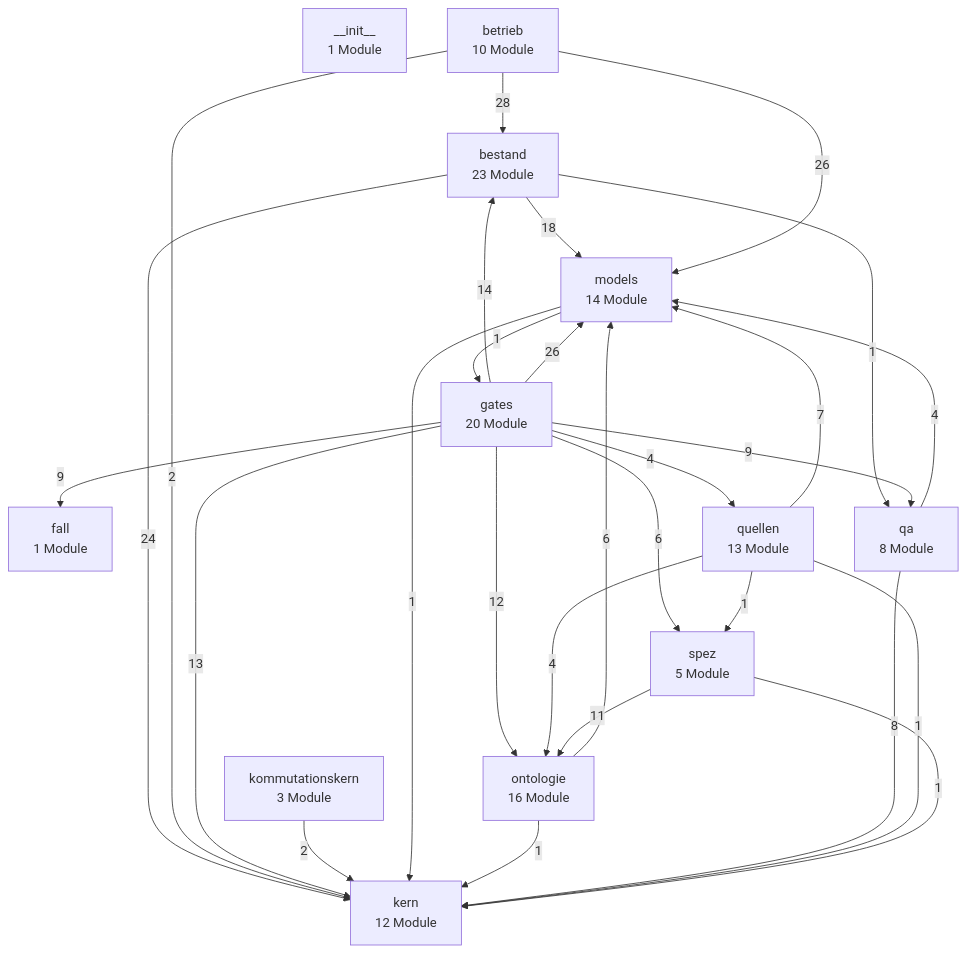
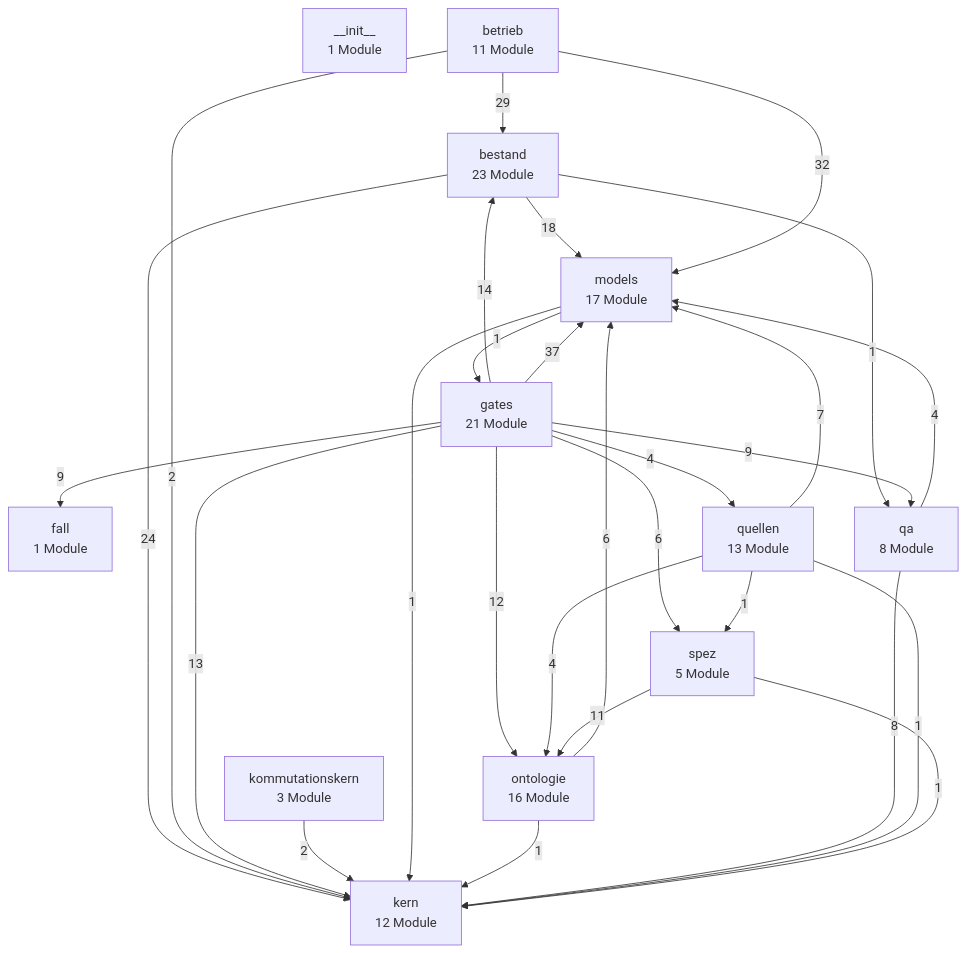
The first of 3 diagrams in docs/architektur/landkarte.md (bartlmac/rechner-pipeline), drawn with Mermaid before and after one commit. The commit also changed other lines of this file and 64 other files, not shown here.

````diff
--- a/docs/architektur/landkarte.md
+++ b/docs/architektur/landkarte.md
@@ -27,43 +27,43 @@
 ```mermaid
 %% Schichten — erzeugt von ontologie.landkarte
 flowchart TD
     n__init__["__init__<br/>1 Module"]
     bestand["bestand<br/>23 Module"]
-    betrieb["betrieb<br/>10 Module"]
+    betrieb["betrieb<br/>11 Module"]
     fall["fall<br/>1 Module"]
-    gates["gates<br/>20 Module"]
+    gates["gates<br/>21 Module"]
     kern["kern<br/>12 Module"]
     kommutationskern["kommutationskern<br/>3 Module"]
-    models["models<br/>14 Module"]
+    models["models<br/>17 Module"]
     ontologie["ontologie<br/>16 Module"]
     qa["qa<br/>8 Module"]
     quellen["quellen<br/>13 Module"]
     spez["spez<br/>5 Module"]
     bestand -- 24 --> kern
     bestand -- 18 --> models
     bestand -- 1 --> qa
-    betrieb -- 28 --> bestand
+    betrieb -- 29 --> bestand
     betrieb -- 2 --> kern
-    betrieb -- 26 --> models
+    betrieb -- 32 --> models
     gates -- 14 --> bestand
     gates -- 9 --> fall
     gates -- 13 --> kern
-    gates -- 26 --> models
+    gates -- 37 --> models
     gates -- 12 --> ontologie
     gates -- 9 --> qa
     gates -- 4 --> quellen
     gates -- 6 --> spez
     kommutationskern -- 2 --> kern
     models -- 1 --> gates
     models -- 1 --> kern
     ontologie -- 1 --> kern
     ontologie -- 6 --> models
     qa -- 8 --> kern
     qa -- 4 --> models
     quellen -- 1 --> kern
     quellen -- 7 --> models
     quellen -- 4 --> ontologie
     quellen -- 1 --> spez
     spez -- 1 --> kern
     spez -- 11 --> ontologie
 ```
````
